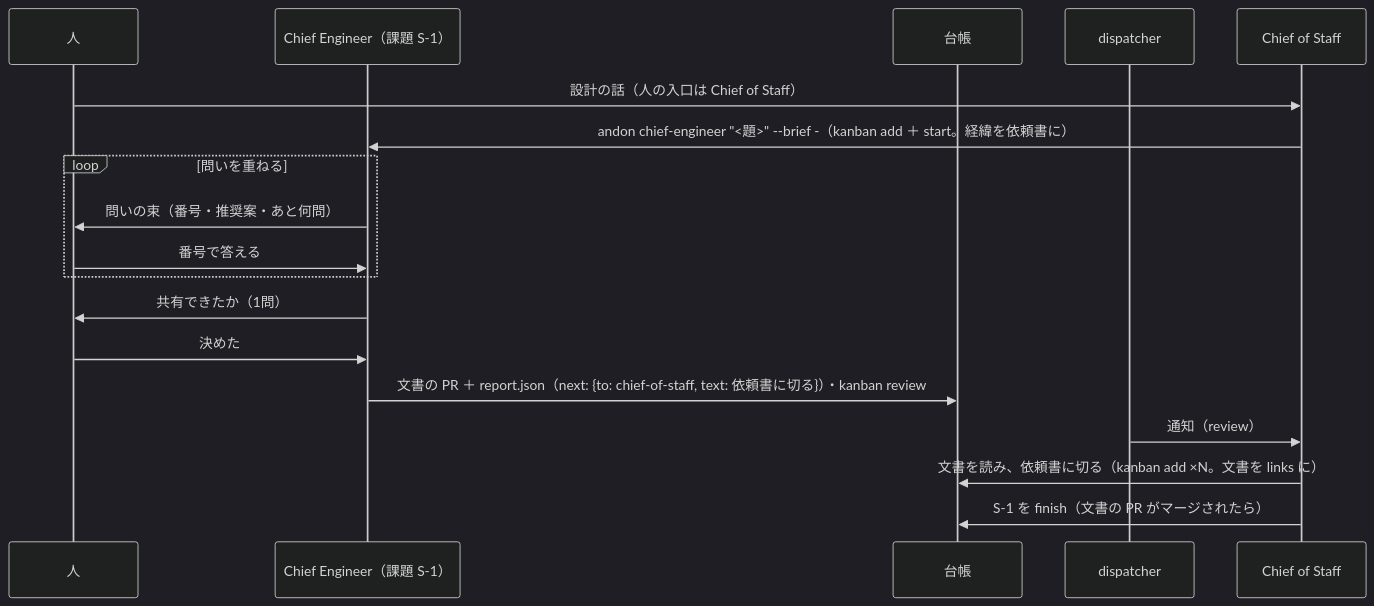
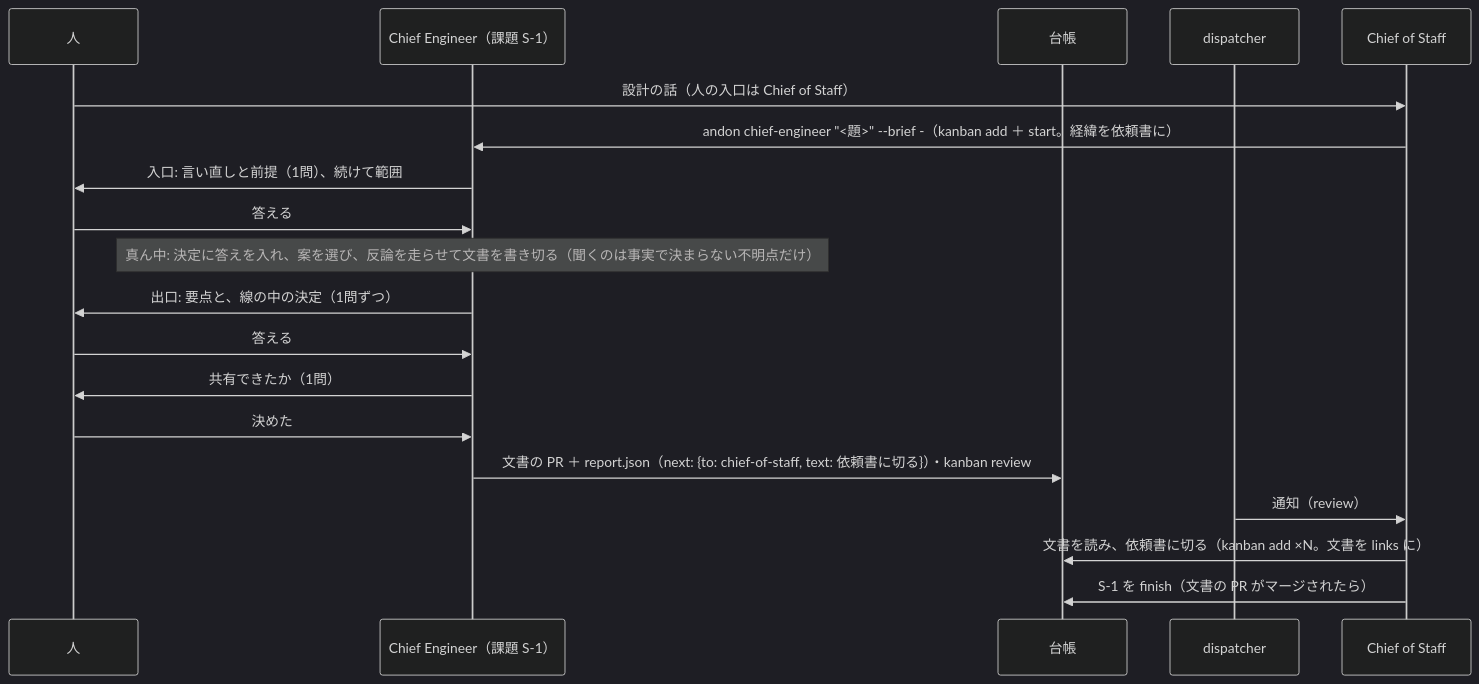
Before and after one commit to mitaku/andon: the third of 3 diagrams in docs/design.md, drawn with Mermaid (dark theme). The commit also changed other lines of this file and 8 other files, not shown here.

````diff
--- a/docs/design.md
+++ b/docs/design.md
@@ -284,20 +283,21 @@
 ```mermaid
 sequenceDiagram
   participant H as 人
   participant CE as Chief Engineer（課題 S-1）
   participant L as 台帳
   participant K as dispatcher
   participant C as Chief of Staff
   H->>C: 設計の話（人の入口は Chief of Staff）
   C->>CE: andon chief-engineer "<題>" --brief -（kanban add ＋ start。経緯を依頼書に）
-  loop 問いを重ねる
-    CE->>H: 問いの束（番号・推奨案・あと何問）
-    H->>CE: 番号で答える
-  end
+  CE->>H: 入口: 言い直しと前提（1問）、続けて範囲
+  H->>CE: 答える
+  Note over CE: 真ん中: 決定に答えを入れ、案を選び、反論を走らせて文書を書き切る（聞くのは事実で決まらない不明点だけ）
+  CE->>H: 出口: 要点と、線の中の決定（1問ずつ）
+  H->>CE: 答える
   CE->>H: 共有できたか（1問）
   H->>CE: 決めた
   CE->>L: 文書の PR ＋ report.json（next: {to: chief-of-staff, text: 依頼書に切る}）・kanban review
   K->>C: 通知（review）
   C->>L: 文書を読み、依頼書に切る（kanban add ×N。文書を links に）
   C->>L: S-1 を finish（文書の PR がマージされたら）
 ```
````
